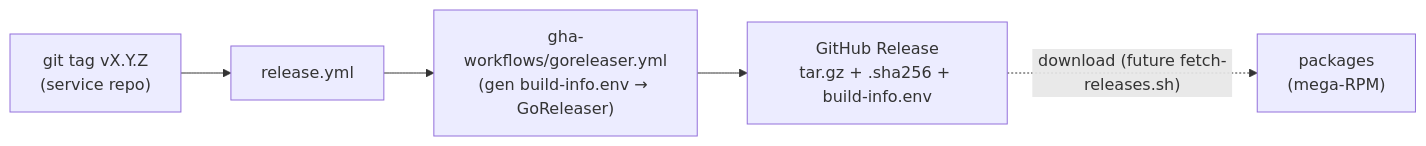
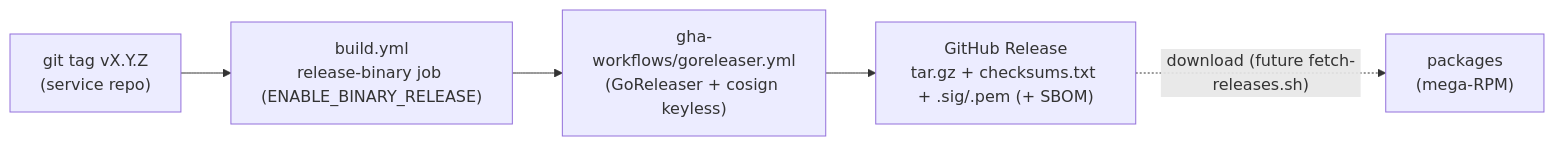
The ninth of 13 diagrams in docs/platform/cicd.md (duynhlab/homelab), drawn with Mermaid before and after one commit. The commit also changed other lines of this file and 2 other files, not shown here.

First line of the commit message:
docs(ci): build versioned image on v* tag, drop :latest, keyless binary release (#396)

````diff
--- a/docs/platform/cicd.md
+++ b/docs/platform/cicd.md
@@ -415,7 +416,7 @@
 ```mermaid
 flowchart LR
-    TAG["git tag vX.Y.Z<br/>(service repo)"] --> RY["release.yml"]
-    RY --> GR["gha-workflows/goreleaser.yml<br/>(gen build-info.env → GoReleaser)"]
-    GR --> REL["GitHub Release<br/>tar.gz + .sha256 + build-info.env"]
+    TAG["git tag vX.Y.Z<br/>(service repo)"] --> BY["build.yml<br/>release-binary job (ENABLE_BINARY_RELEASE)"]
+    BY --> GR["gha-workflows/goreleaser.yml<br/>(GoReleaser + cosign keyless)"]
+    GR --> REL["GitHub Release<br/>tar.gz + checksums.txt + .sig/.pem (+ SBOM)"]
     REL -. "download (future fetch-releases.sh)" .-> PKG["packages<br/>(mega-RPM)"]
 ```
````
